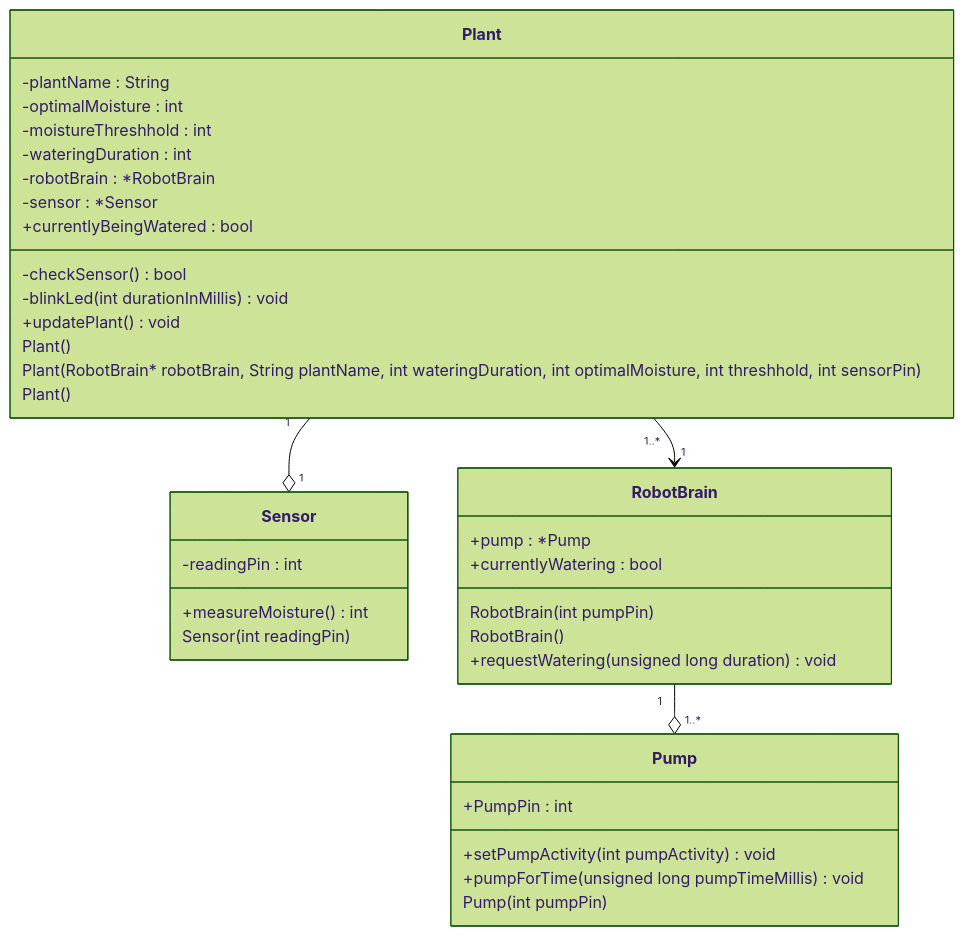
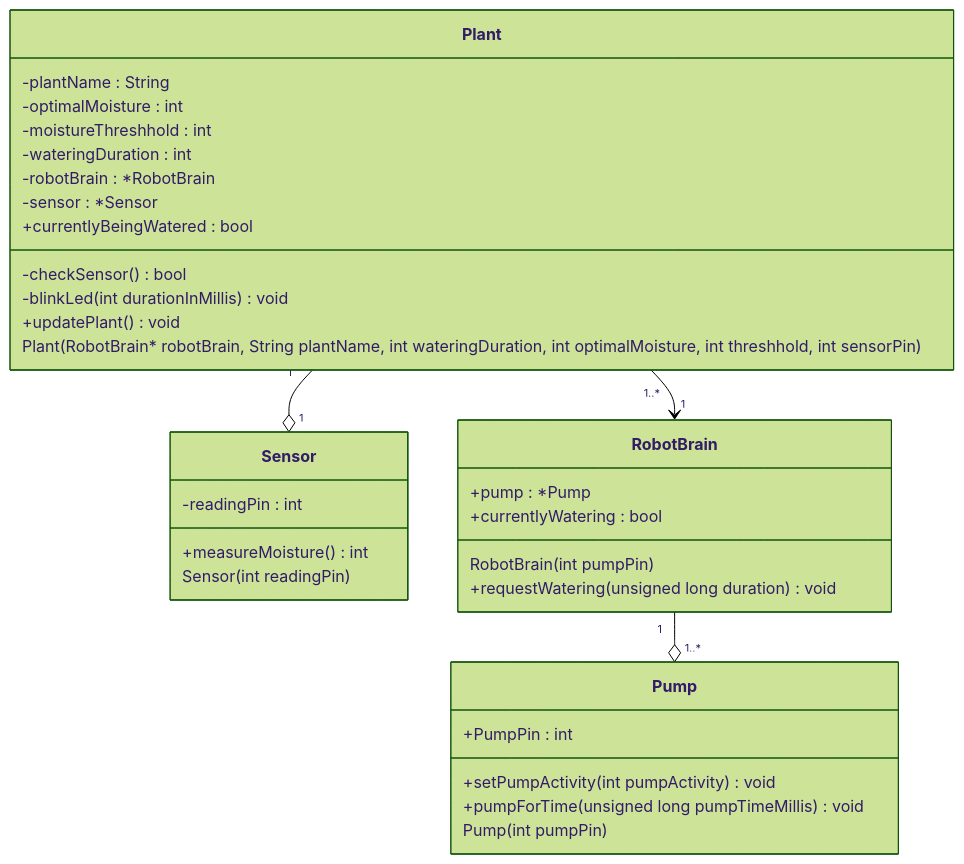
Before and after one commit to Duysburg/PWTech: the diagram in README.md, drawn with Mermaid (forest theme).

````diff
--- a/README.md
+++ b/README.md
@@ -14,39 +14,36 @@
 ```mermaid
 classDiagram
 	class Pump {
 		+PumpPin : int
 		+setPumpActivity(int pumpActivity) void
 		+pumpForTime(unsigned long pumpTimeMillis) void
 		Pump(int pumpPin)
 	}
 	class Plant {
 		-plantName : String
 		-optimalMoisture : int
 		-moistureThreshhold : int
 		-wateringDuration : int
 		-robotBrain : *RobotBrain
 		-sensor : *Sensor
 		-checkSensor() bool
 		-blinkLed(int durationInMillis) void
 		+currentlyBeingWatered : bool
 		+updatePlant() void
-		Plant()
 		Plant(RobotBrain* robotBrain, String plantName, int wateringDuration, int optimalMoisture, int threshhold, int sensorPin)
-		Plant()
 	}
 	class Sensor {
 		-readingPin : int
 		+measureMoisture() int
 		Sensor(int readingPin)
 	}
 	class RobotBrain {
 		+pump : *Pump
 		+currentlyWatering : bool
 		RobotBrain(int pumpPin)
-		RobotBrain()
 		+requestWatering(unsigned long duration) void
 	}
 	Plant "1..*" --> "1" RobotBrain
 	Plant "1" --o "1" Sensor
 	RobotBrain "1" --o "1..*" Pump
 ```
````
